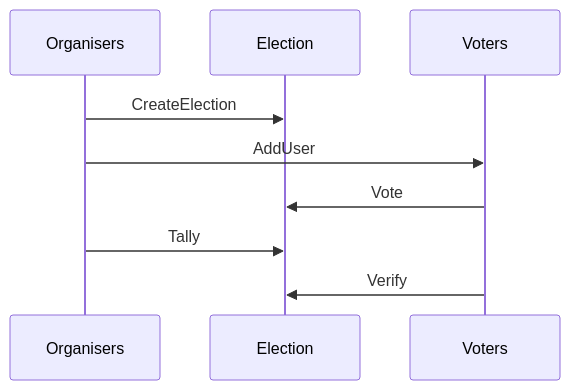
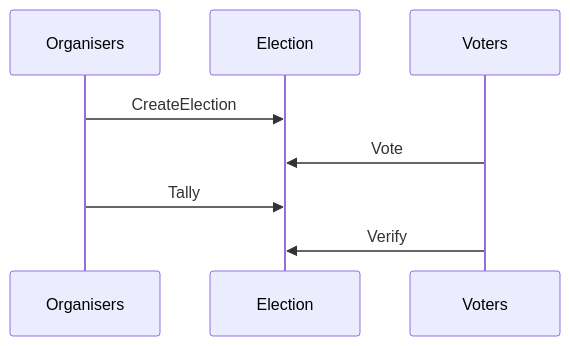
The diagram in README.md (mjal/scrutin), drawn with Mermaid before and after one commit.

Commit message:
chore: remove addVoter edge

````diff
--- a/README.md
+++ b/README.md
@@ -3,12 +3,11 @@
 ```mermaid
 sequenceDiagram
-    participant Organisers
-    participant Election
-    participant Voters
+  participant Organisers
+  participant Election
+  participant Voters
 
-    Organisers->>Election: CreateElection
-    Organisers->>Voters: AddUser
-    Voters->>Election: Vote
-	Organisers->>Election: Tally
+  Organisers->>Election: CreateElection
+  Voters->>Election: Vote
+  Organisers->>Election: Tally
 	Voters->>Election: Verify
 ```
````
